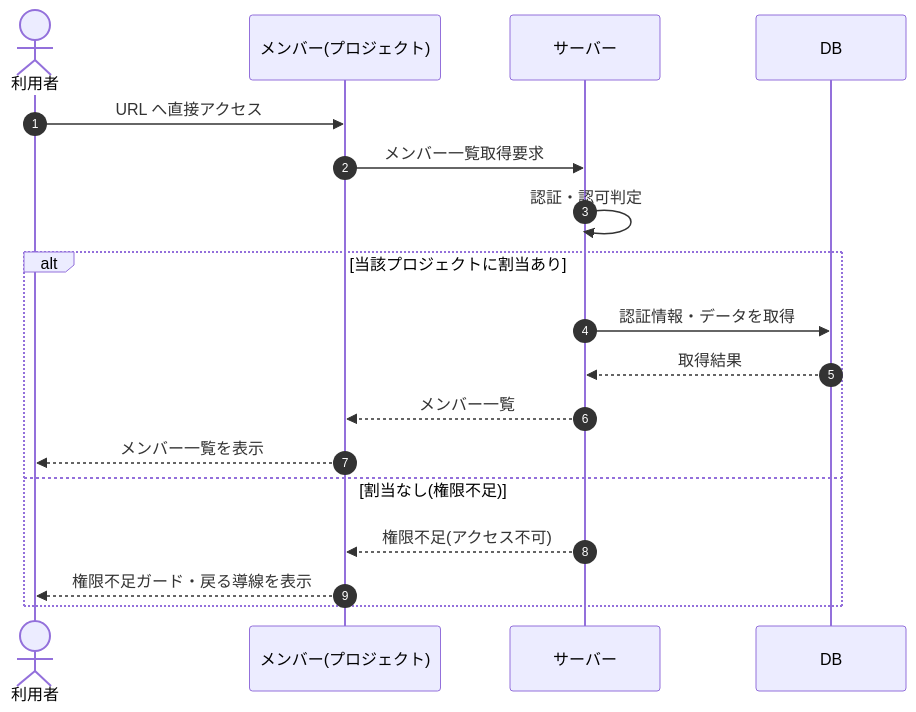
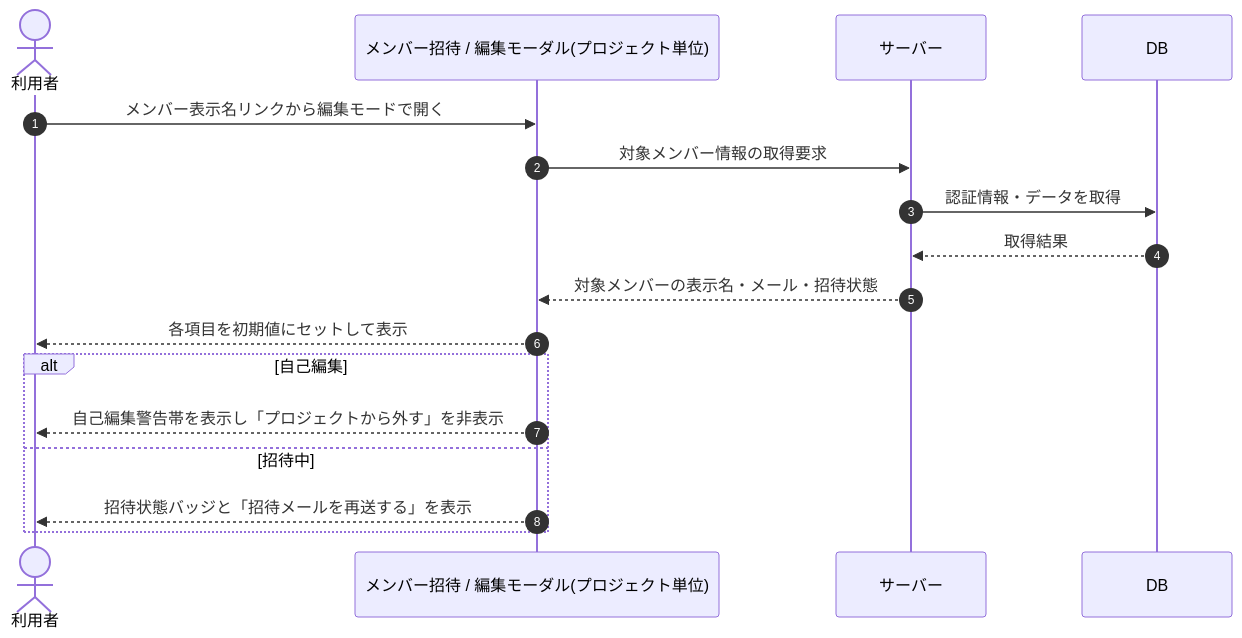
The diagram in 02_basic_design/03_sequences/SEQ-046.md (sikakou54/open-faq), drawn with Mermaid before and after one commit. The commit also changed other lines of this file and 395 other files, not shown here.

````diff
--- a/02_basic_design/03_sequences/SEQ-046.md
+++ b/02_basic_design/03_sequences/SEQ-046.md
@@ -25,20 +25,19 @@
 ```mermaid
 sequenceDiagram
   autonumber
   actor U as 利用者
-  participant Screen as メンバー(プロジェクト)
+  participant Screen as メンバー招待 / 編集モーダル(プロジェクト単位)
   participant Server as サーバー
   participant DB as DB
-  U->>Screen: URL へ直接アクセス
-  Screen->>Server: メンバー一覧取得要求
-  Server->>Server: 認証・認可判定
-  alt 当該プロジェクトに割当あり
-    Server->>DB: 認証情報・データを取得
-    DB-->>Server: 取得結果
-    Server-->>Screen: メンバー一覧
-    Screen-->>U: メンバー一覧を表示
-  else 割当なし(権限不足)
-    Server-->>Screen: 権限不足(アクセス不可)
-    Screen-->>U: 権限不足ガード・戻る導線を表示
+  U->>Screen: メンバー表示名リンクから編集モードで開く
+  Screen->>Server: 対象メンバー情報の取得要求
+  Server->>DB: 認証情報・データを取得
+  DB-->>Server: 取得結果
+  Server-->>Screen: 対象メンバーの表示名・メール・招待状態
+  Screen-->>U: 各項目を初期値にセットして表示
+  alt 自己編集
+    Screen-->>U: 自己編集警告帯を表示し「プロジェクトから外す」を非表示
+  else 招待中
+    Screen-->>U: 招待状態バッジと「招待メールを再送する」を表示
   end
 ```
````
